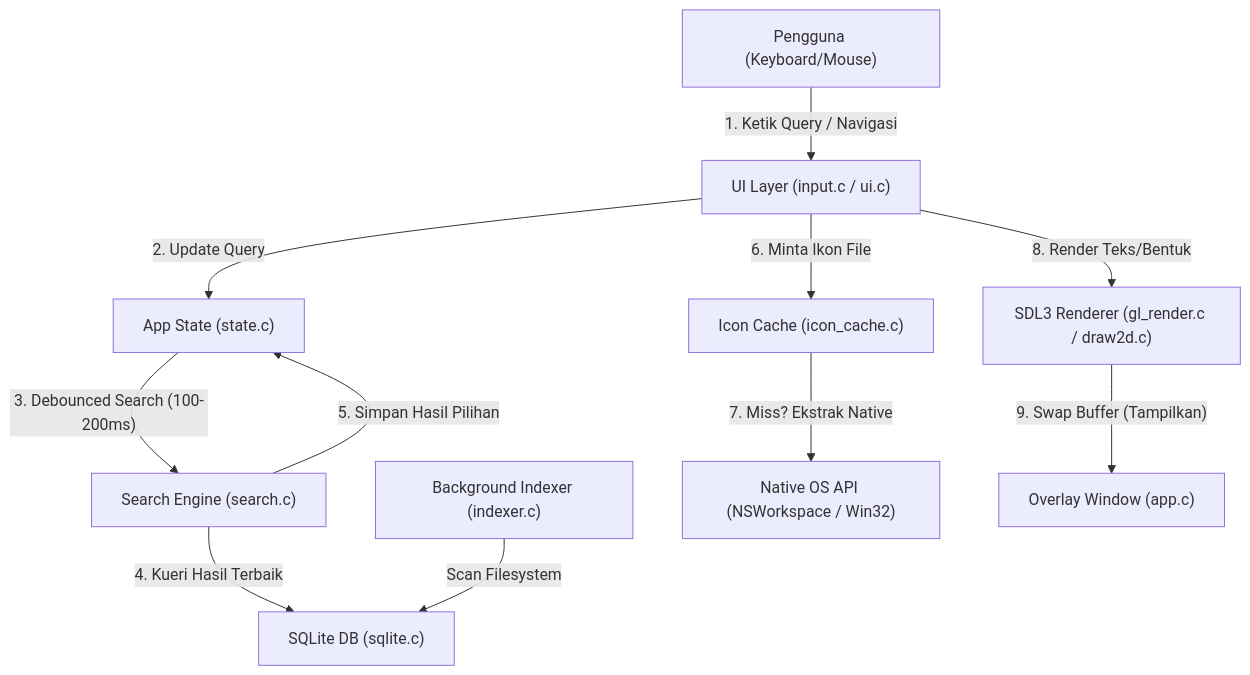
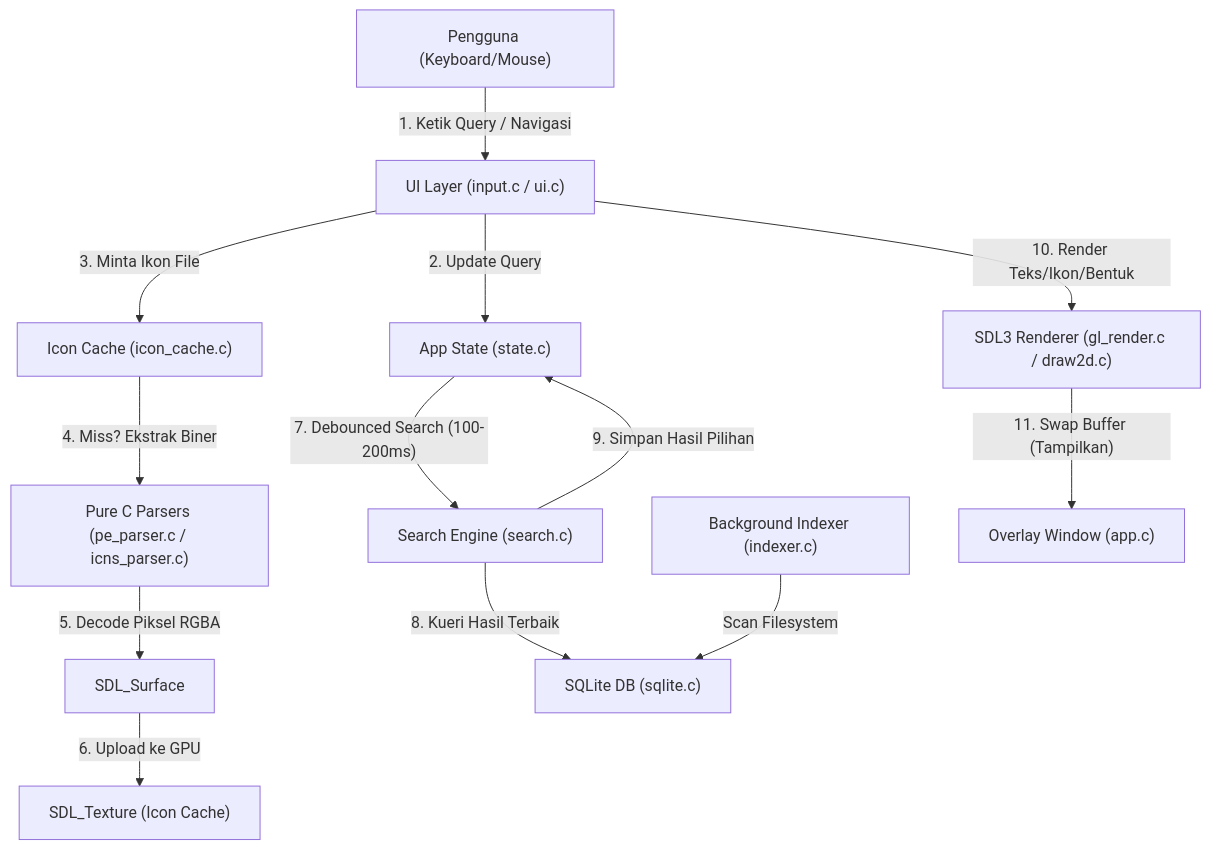
One commit to faizulmushofa/atlas-launcher changed the diagram in README.md. Above: the diagram before and after it, drawn with Mermaid. The commit also changed other lines of this file, not shown here.

Commit message:
docs: update README.md with detailed graphics pipeline explanations and new windows scripting guides

````diff
--- a/README.md
+++ b/README.md
@@ -18,13 +18,15 @@
 ```mermaid
 graph TD
     User["Pengguna (Keyboard/Mouse)"] -->|1. Ketik Query / Navigasi| UI["UI Layer (input.c / ui.c)"]
     UI -->|2. Update Query| State["App State (state.c)"]
-    State -->|"3. Debounced Search (100-200ms)"| Search["Search Engine (search.c)"]
-    Search -->|4. Kueri Hasil Terbaik| SQLite["SQLite DB (sqlite.c)"]
+    UI -->|3. Minta Ikon File| Icon["Icon Cache (icon_cache.c)"]
+    Icon -->|4. Miss? Ekstrak Biner| NativeParsers["Pure C Parsers (pe_parser.c / icns_parser.c)"]
+    NativeParsers -->|5. Decode Piksel RGBA| SDL_Surface["SDL_Surface"]
+    SDL_Surface -->|6. Upload ke GPU| SDL_Texture["SDL_Texture (Icon Cache)"]
+    State -->|"7. Debounced Search (100-200ms)"| Search["Search Engine (search.c)"]
+    Search -->|8. Kueri Hasil Terbaik| SQLite["SQLite DB (sqlite.c)"]
     Indexer["Background Indexer (indexer.c)"] -->|Scan Filesystem| SQLite
-    Search -->|5. Simpan Hasil Pilihan| State
-    UI -->|6. Minta Ikon File| Icon["Icon Cache (icon_cache.c)"]
-    Icon -->|7. Miss? Ekstrak Native| NativeOS["Native OS API (NSWorkspace / Win32)"]
-    UI -->|8. Render Teks/Bentuk| Render["SDL3 Renderer (gl_render.c / draw2d.c)"]
-    Render -->|"9. Swap Buffer (Tampilkan)"| Screen["Overlay Window (app.c)"]
+    Search -->|9. Simpan Hasil Pilihan| State
+    UI -->|10. Render Teks/Ikon/Bentuk| Render["SDL3 Renderer (gl_render.c / draw2d.c)"]
+    Render -->|"11. Swap Buffer (Tampilkan)"| Screen["Overlay Window (app.c)"]
 ```
````
